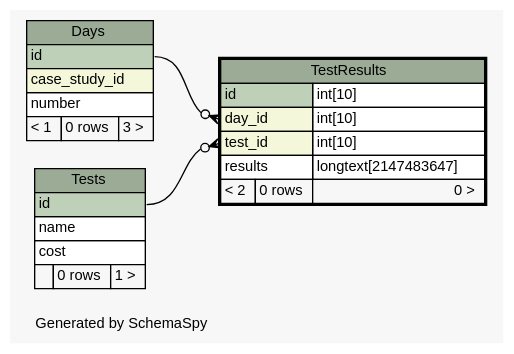
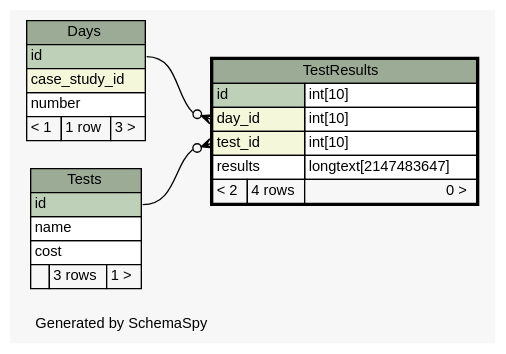
One commit to carrel2/CaseStudies changed the diagram in web/files/schema/diagrams/TestResults.1degree.dot. Above: the diagram before and after it, drawn with Graphviz. The commit also changed 58 other files, not shown here.

Commit message:
Start to update controllers to use new database schema.

```diff
--- a/web/files/schema/diagrams/TestResults.1degree.dot
+++ b/web/files/schema/diagrams/TestResults.1degree.dot
@@ -1,61 +1,61 @@
 // dot 2.38.0 on Linux 4.4.0-62-generic
 // SchemaSpy rev 590
 digraph "oneDegreeRelationshipsDiagram" {
   graph [
     rankdir="RL"
     bgcolor="#f7f7f7"
     label="\nGenerated by SchemaSpy"
     labeljust="l"
     nodesep="0.18"
     ranksep="0.46"
     fontname="Helvetica"
     fontsize="11"
   ];
   node [
     fontname="Helvetica"
     fontsize="11"
     shape="plaintext"
   ];
   edge [
     arrowsize="0.8"
   ];
   "TestResults":"day_id":w -> "Days":"id":e [arrowhead=none dir=back arrowtail=crowodot];
   "TestResults":"test_id":w -> "Tests":"id":e [arrowhead=none dir=back arrowtail=crowodot];
   "Days" [
     label=<
     <TABLE BORDER="0" CELLBORDER="1" CELLSPACING="0" BGCOLOR="#ffffff">
       <TR><TD COLSPAN="3" BGCOLOR="#9bab96" ALIGN="CENTER">Days</TD></TR>
       <TR><TD PORT="id" COLSPAN="3" BGCOLOR="#bed1b8" ALIGN="LEFT">id</TD></TR>
       <TR><TD PORT="case_study_id" COLSPAN="3" BGCOLOR="#f4f7da" ALIGN="LEFT">case_study_id</TD></TR>
       <TR><TD PORT="number" COLSPAN="3" ALIGN="LEFT">number</TD></TR>
-      <TR><TD ALIGN="LEFT" BGCOLOR="#f7f7f7">&lt; 1</TD><TD ALIGN="RIGHT" BGCOLOR="#f7f7f7">0 rows</TD><TD ALIGN="RIGHT" BGCOLOR="#f7f7f7">3 &gt;</TD></TR>
+      <TR><TD ALIGN="LEFT" BGCOLOR="#f7f7f7">&lt; 1</TD><TD ALIGN="RIGHT" BGCOLOR="#f7f7f7">1 row</TD><TD ALIGN="RIGHT" BGCOLOR="#f7f7f7">3 &gt;</TD></TR>
     </TABLE>>
     URL="Days.html"
     tooltip="Days"
   ];
   "TestResults" [
     label=<
     <TABLE BORDER="2" CELLBORDER="1" CELLSPACING="0" BGCOLOR="#ffffff">
       <TR><TD COLSPAN="3" BGCOLOR="#9bab96" ALIGN="CENTER">TestResults</TD></TR>
       <TR><TD PORT="id" COLSPAN="2" BGCOLOR="#bed1b8" ALIGN="LEFT">id</TD><TD PORT="id.type" ALIGN="LEFT">int[10]</TD></TR>
       <TR><TD PORT="day_id" COLSPAN="2" BGCOLOR="#f4f7da" ALIGN="LEFT">day_id</TD><TD PORT="day_id.type" ALIGN="LEFT">int[10]</TD></TR>
       <TR><TD PORT="test_id" COLSPAN="2" BGCOLOR="#f4f7da" ALIGN="LEFT">test_id</TD><TD PORT="test_id.type" ALIGN="LEFT">int[10]</TD></TR>
       <TR><TD PORT="results" COLSPAN="2" ALIGN="LEFT">results</TD><TD PORT="results.type" ALIGN="LEFT">longtext[2147483647]</TD></TR>
-      <TR><TD ALIGN="LEFT" BGCOLOR="#f7f7f7">&lt; 2</TD><TD ALIGN="RIGHT" BGCOLOR="#f7f7f7">0 rows</TD><TD ALIGN="RIGHT" BGCOLOR="#f7f7f7">0 &gt;</TD></TR>
+      <TR><TD ALIGN="LEFT" BGCOLOR="#f7f7f7">&lt; 2</TD><TD ALIGN="RIGHT" BGCOLOR="#f7f7f7">4 rows</TD><TD ALIGN="RIGHT" BGCOLOR="#f7f7f7">0 &gt;</TD></TR>
     </TABLE>>
     URL="TestResults.html"
     tooltip="TestResults"
   ];
   "Tests" [
     label=<
     <TABLE BORDER="0" CELLBORDER="1" CELLSPACING="0" BGCOLOR="#ffffff">
       <TR><TD COLSPAN="3" BGCOLOR="#9bab96" ALIGN="CENTER">Tests</TD></TR>
       <TR><TD PORT="id" COLSPAN="3" BGCOLOR="#bed1b8" ALIGN="LEFT">id</TD></TR>
       <TR><TD PORT="name" COLSPAN="3" ALIGN="LEFT">name</TD></TR>
       <TR><TD PORT="cost" COLSPAN="3" ALIGN="LEFT">cost</TD></TR>
-      <TR><TD ALIGN="LEFT" BGCOLOR="#f7f7f7">  </TD><TD ALIGN="RIGHT" BGCOLOR="#f7f7f7">0 rows</TD><TD ALIGN="RIGHT" BGCOLOR="#f7f7f7">1 &gt;</TD></TR>
+      <TR><TD ALIGN="LEFT" BGCOLOR="#f7f7f7">  </TD><TD ALIGN="RIGHT" BGCOLOR="#f7f7f7">3 rows</TD><TD ALIGN="RIGHT" BGCOLOR="#f7f7f7">1 &gt;</TD></TR>
     </TABLE>>
     URL="Tests.html"
     tooltip="Tests"
   ];
 }
```
